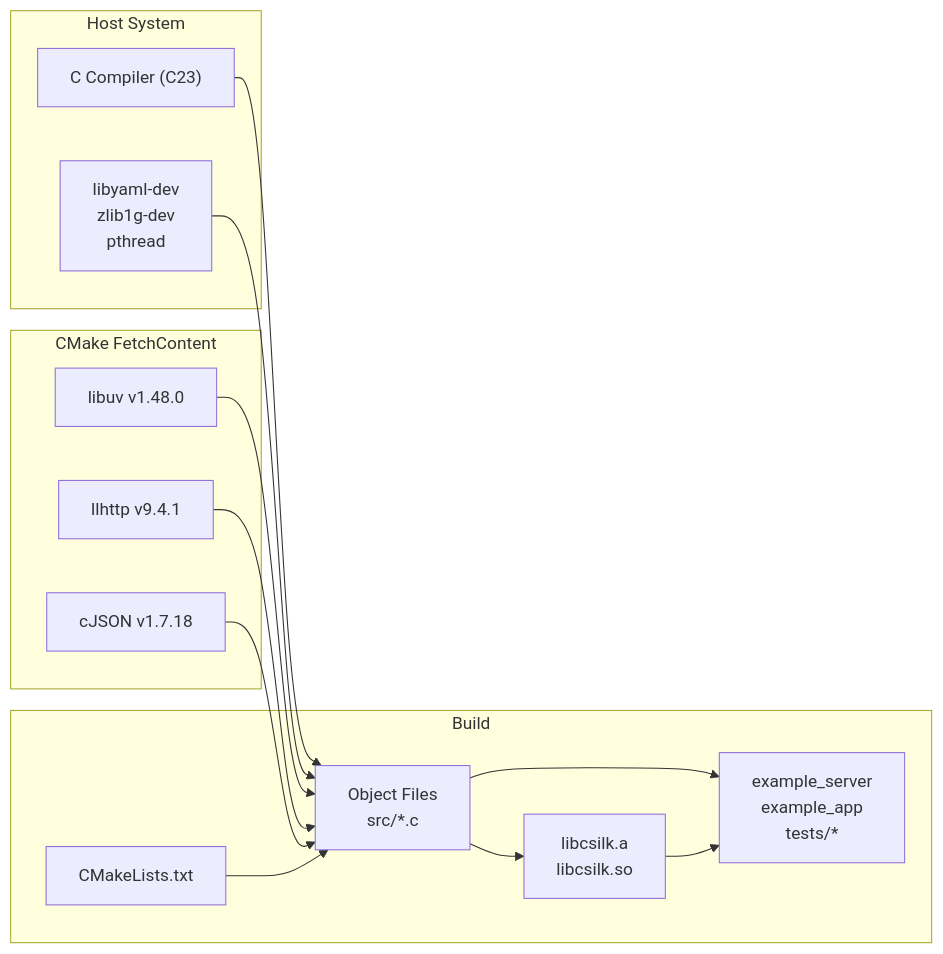
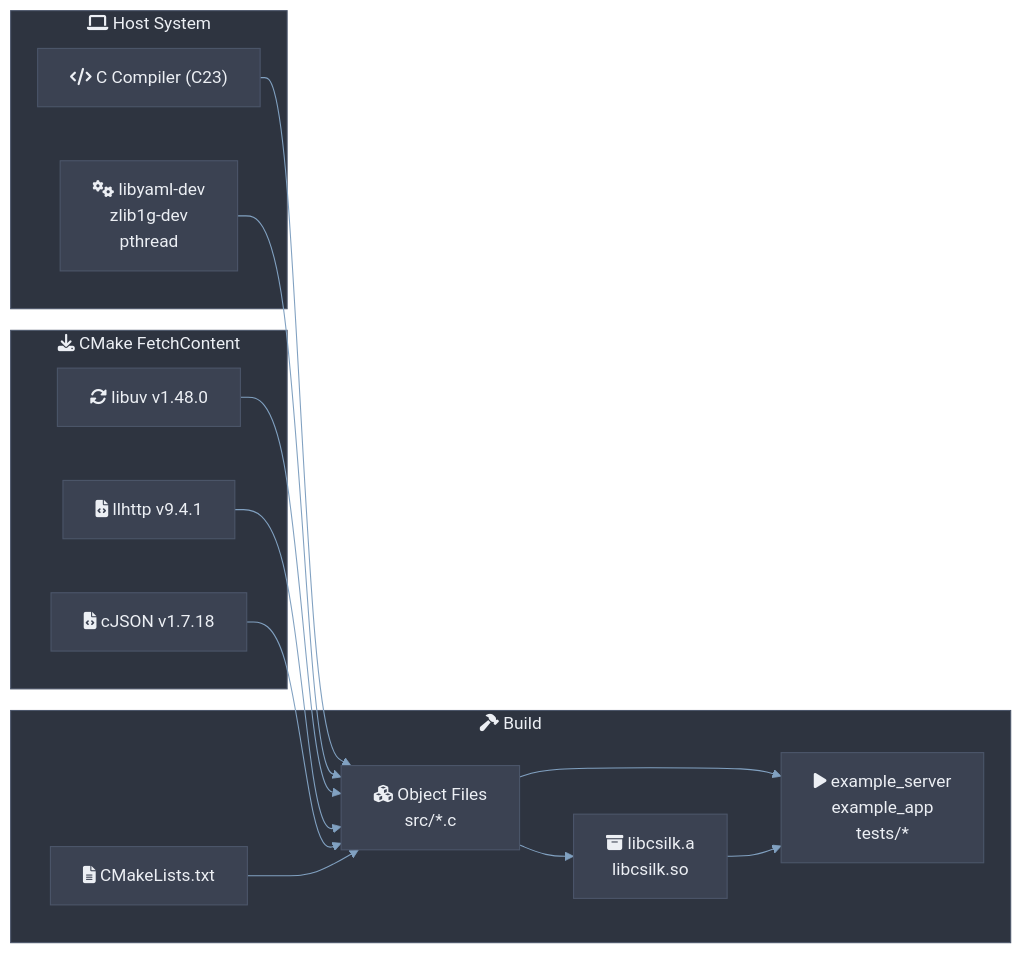
Before and after one commit to quintin-lee/csilk: the first of 2 diagrams in docs/getting-started.md, drawn with Mermaid. The commit also changed other lines of this file and 4 other files, not shown here.

Commit message:
docs(docs): 📝 add performance tuning guide, update index links, and convert security diagram

````diff
--- a/docs/getting-started.md
+++ b/docs/getting-started.md
@@ -17,30 +17,52 @@
 ```mermaid
+%%{init: {
+  'theme': 'base',
+  'themeVariables': {
+    'background': '#2E3440',
+    'primaryColor': '#81A1C1',
+    'primaryBorderColor': '#4C566A',
+    'primaryTextColor': '#ECEFF4',
+    'secondaryColor': '#3B4252',
+    'secondaryBorderColor': '#434C5E',
+    'secondaryTextColor': '#D8DEE9',
+    'lineColor': '#81A1C1',
+    'textColor': '#ECEFF4',
+    'mainBkg': '#3B4252',
+    'nodeBorder': '#4C566A',
+    'clusterBkg': '#2E3440',
+    'clusterBorder': '#4C566A',
+    'titleColor': '#ECEFF4',
+    'edgeLabelBackground': '#3B4252',
+    'nodeTextColor': '#ECEFF4'
+  },
+  'flowchart': {'htmlLabels': true, 'curve': 'basis'}
+}}%%
 flowchart LR
-    subgraph Host System
-        CC["C Compiler (C23)"]
-        SYS["libyaml-dev\nzlib1g-dev\npthread"]
+    subgraph Host_System["fa:fa-laptop Host System"]
+        CC["fa:fa-code C Compiler (C23)"]
+        SYS["fa:fa-cogs libyaml-dev\nzlib1g-dev\npthread"]
     end
 
-    subgraph "CMake FetchContent"
-        UV["libuv v1.48.0"]
-        LL["llhttp v9.4.1"]
-        CJ["cJSON v1.7.18"]
+    subgraph FetchContent["fa:fa-download CMake FetchContent"]
+        UV["fa:fa-sync-alt libuv v1.48.0"]
+        LL["fa:fa-file-code llhttp v9.4.1"]
+        CJ["fa:fa-file-code cJSON v1.7.18"]
     end
 
-    subgraph Build
-        CMAKE["CMakeLists.txt"]
-        OBJ["Object Files\nsrc/*.c"]
-        LIB["libcsilk.a\nlibcsilk.so"]
-        EXE["example_server\nexample_app\ntests/*"]
+    subgraph build["fa:fa-hammer Build"]
+        CMAKE["fa:fa-file-alt CMakeLists.txt"]
+        OBJ["fa:fa-cubes Object Files\nsrc/*.c"]
+        LIB["fa:fa-archive libcsilk.a\nlibcsilk.so"]
+        EXE["fa:fa-play example_server\nexample_app\ntests/*"]
     end
 
     CC --> OBJ
     SYS --> OBJ
     UV --> OBJ
     LL --> OBJ
     CJ --> OBJ
     CMAKE --> OBJ
     OBJ --> LIB
     OBJ --> EXE
     LIB --> EXE
 ```
````
